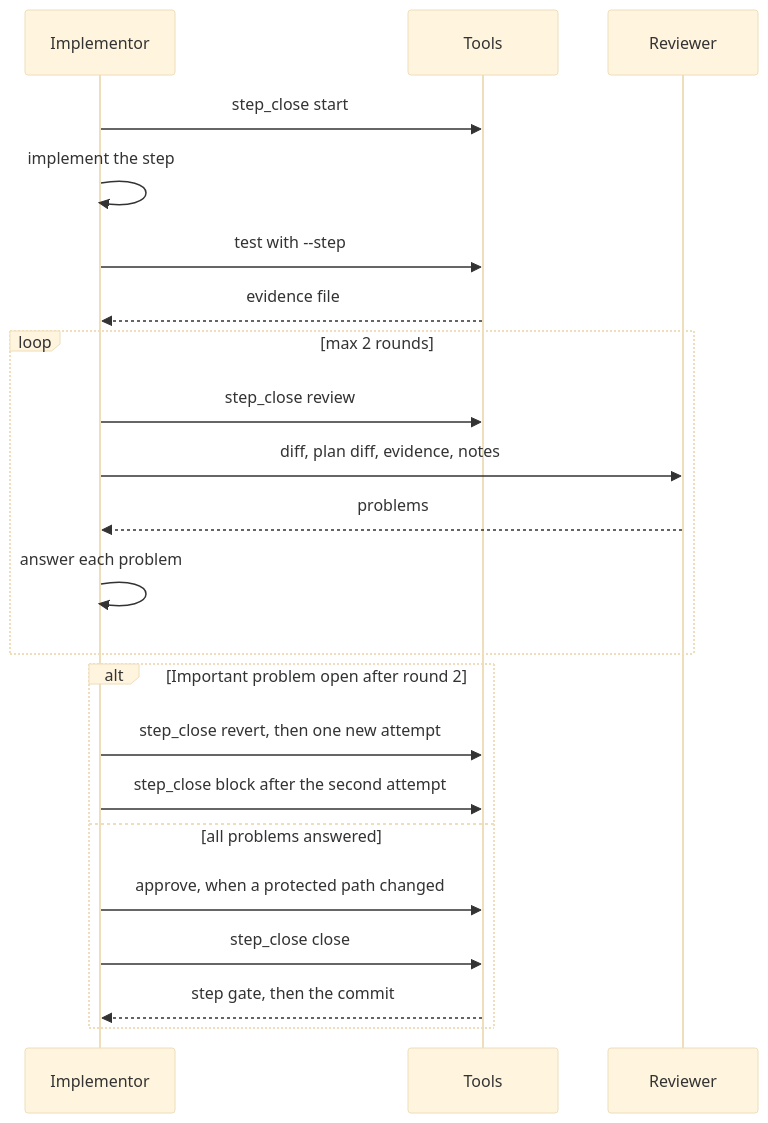
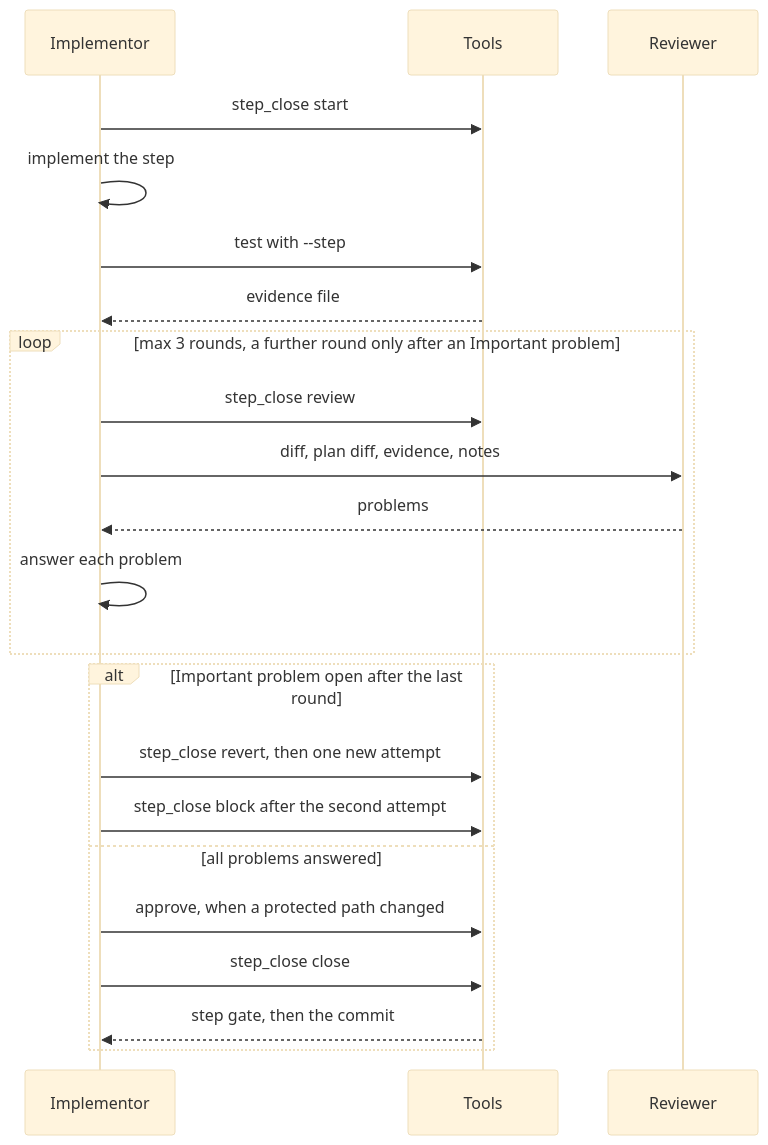
The sixth of 8 diagrams in docs/DOCS_CONVENTIONS.md (dskw/ai-template), drawn with Mermaid (base theme) before and after one commit. The commit also changed other lines of this file and 43 other files, not shown here.

````diff
--- a/docs/DOCS_CONVENTIONS.md
+++ b/docs/DOCS_CONVENTIONS.md
@@ -357,24 +358,24 @@
 ```mermaid
 sequenceDiagram
     participant I as Implementor
     participant T as Tools
     participant R as Reviewer
     I->>T: step_close start
     I->>I: implement the step
     I->>T: test with --step
     T-->>I: evidence file
-    loop max 2 rounds
+    loop max 3 rounds, a further round only after an Important problem
         I->>T: step_close review
         I->>R: diff, plan diff, evidence, notes
         R-->>I: problems
         I->>I: answer each problem
     end
-    alt Important problem open after round 2
+    alt Important problem open after the last round
         I->>T: step_close revert, then one new attempt
         I->>T: step_close block after the second attempt
     else all problems answered
         I->>T: approve, when a protected path changed
         I->>T: step_close close
         T-->>I: step gate, then the commit
     end
 ```
````
